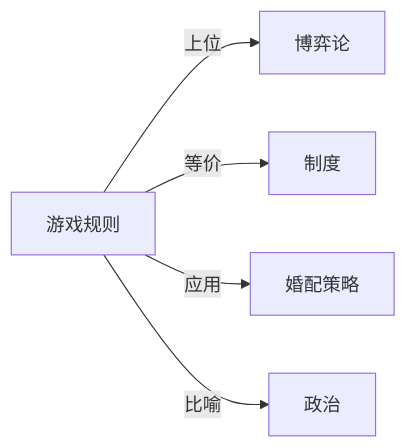
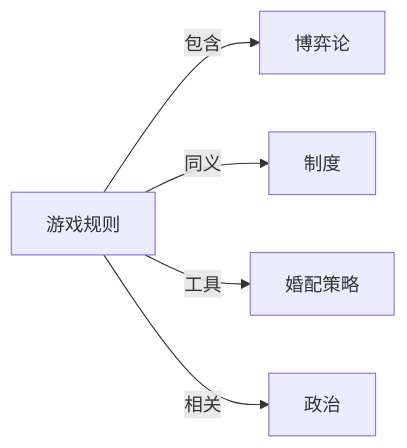
Before and after one commit to KIMMCHOW/MyKnowledge: the diagram in Knowledge/Concepts/经济/游戏规则.md, drawn with Mermaid. The commit also changed 95 other files, not shown here.

Commit message:
reorganize: 统一关系图边标签为11类

````diff
--- a/Knowledge/Concepts/经济/游戏规则.md
+++ b/Knowledge/Concepts/经济/游戏规则.md
@@ -44,7 +44,7 @@
 ```mermaid
 graph LR
-游戏规则 -->|上位| 博弈论
-游戏规则 -->|等价| 制度
-游戏规则 -->|应用| 婚配策略
-游戏规则 -->|比喻| 政治
+游戏规则 -->|包含| 博弈论
+游戏规则 -->|同义| 制度
+游戏规则 -->|工具| 婚配策略
+游戏规则 -->|相关| 政治
 ```
````
